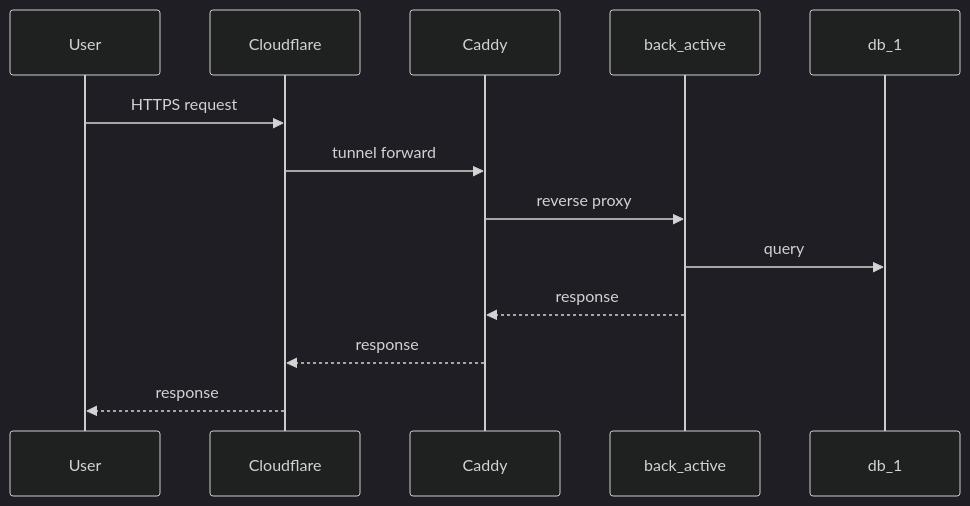
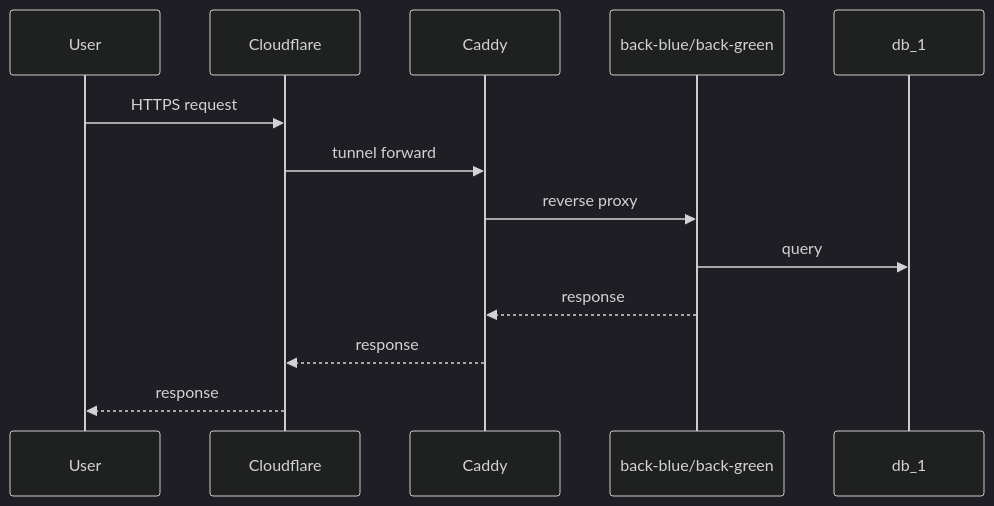
The second of 2 diagrams in docs/design/Infrastructure-Architecture.md (AquilaXk/aquila-blog), drawn with Mermaid (dark theme) before and after one commit. The commit also changed other lines of this file and 6 other files, not shown here.

````diff
--- a/docs/design/Infrastructure-Architecture.md
+++ b/docs/design/Infrastructure-Architecture.md
@@ -77,15 +77,15 @@
 ```mermaid
 sequenceDiagram
     participant U as User
     participant CF as Cloudflare
     participant C as Caddy
-    participant A as back_active
+    participant A as back-blue/back-green
     participant D as db_1
     U->>CF: HTTPS request
     CF->>C: tunnel forward
     C->>A: reverse proxy
     A->>D: query
     A-->>C: response
     C-->>CF: response
     CF-->>U: response
 ```
````
